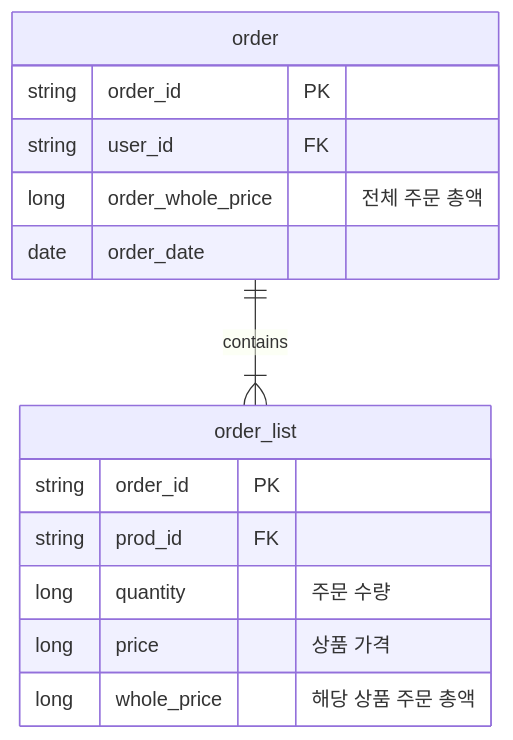
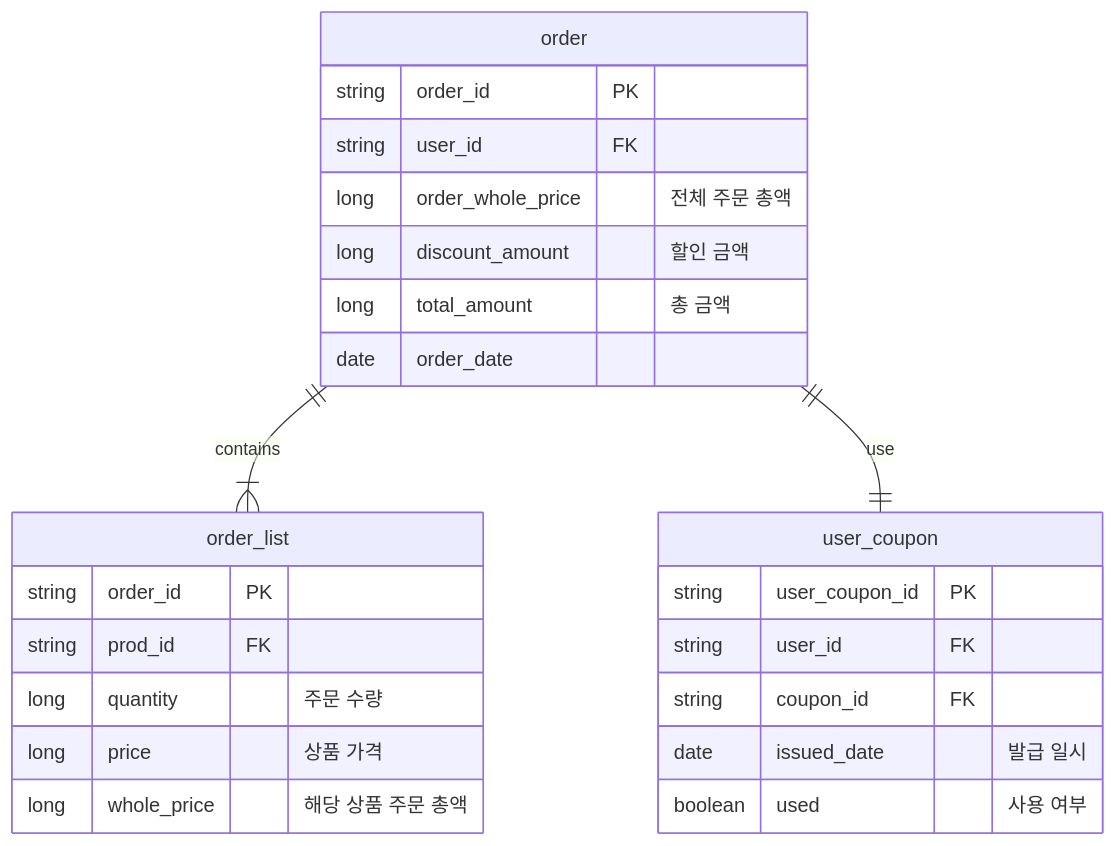
The fourth of 6 diagrams in docs/erdiagrams.md (JiwooJng/hhplus-ecommerce), drawn with Mermaid before and after one commit. The commit also changed other lines of this file, not shown here.

Commit message:
[Fix] er 다이어그램 주문 시 쿠폰 사용 부분 누락 수정

````diff
--- a/docs/erdiagrams.md
+++ b/docs/erdiagrams.md
@@ -128,17 +130,27 @@
 ```mermaid
 erDiagram
     order {
         string order_id PK
         string user_id FK
         long order_whole_price "전체 주문 총액"
+        long discount_amount "할인 금액"
+        long total_amount "총 금액"
         date order_date
     }
     order_list {
         string order_id PK
         string prod_id FK
         long quantity "주문 수량"
         long price "상품 가격"
         long whole_price "해당 상품 주문 총액"
     }
+    user_coupon {
+        string user_coupon_id PK
+        string user_id FK 
+        string coupon_id FK
+        date issued_date "발급 일시"
+        boolean used "사용 여부"
+    }
     order ||--|{order_list : contains
+    order ||--||user_coupon : use
 ```
````
